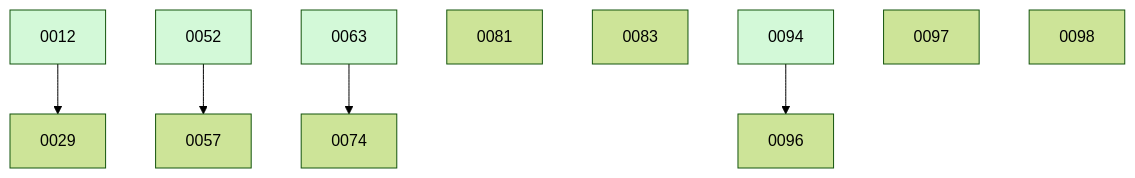
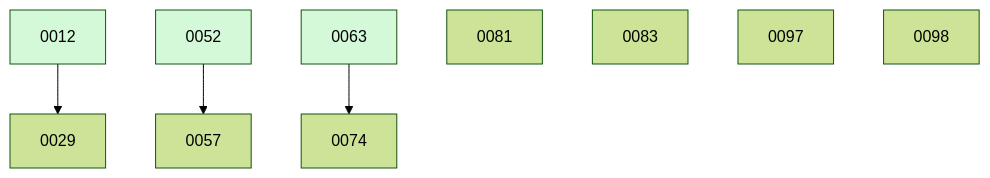
One commit to ethanhinson/fuse changed the diagram in docs/changes/BOARD.md. Above: the diagram before and after it, drawn with Mermaid (forest theme). The commit also changed other lines of this file and 4 other files, not shown here.

````diff
--- a/docs/changes/BOARD.md
+++ b/docs/changes/BOARD.md
@@ -33,16 +27,14 @@
 ```mermaid
 graph TD
   0012 --> 0029
   0052 --> 0057
   0063 --> 0074
   0081
   0083
-  0094 --> 0096
   0097
   0098
   0012:::done
   0052:::done
   0063:::done
-  0094:::done
   classDef done fill:#d3f9d8;
 ```
````
